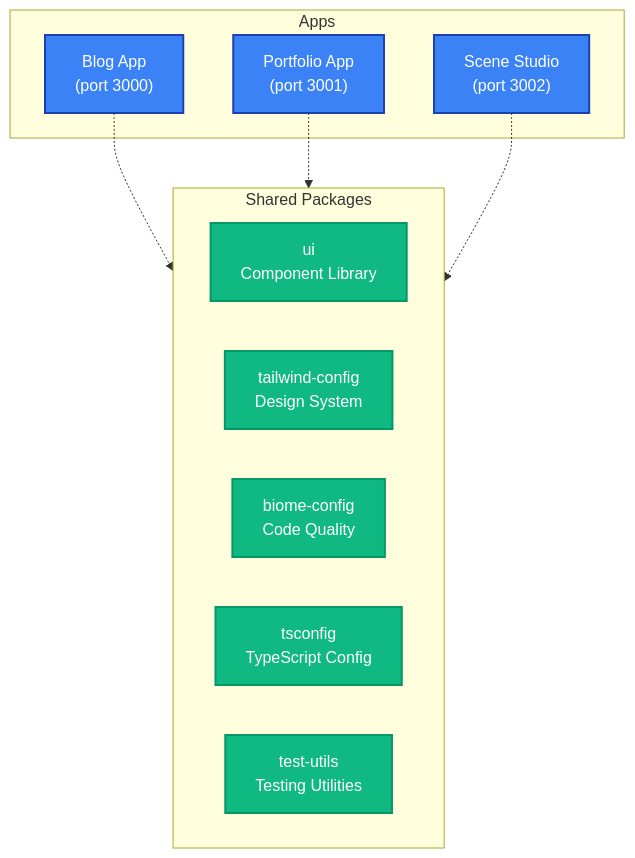
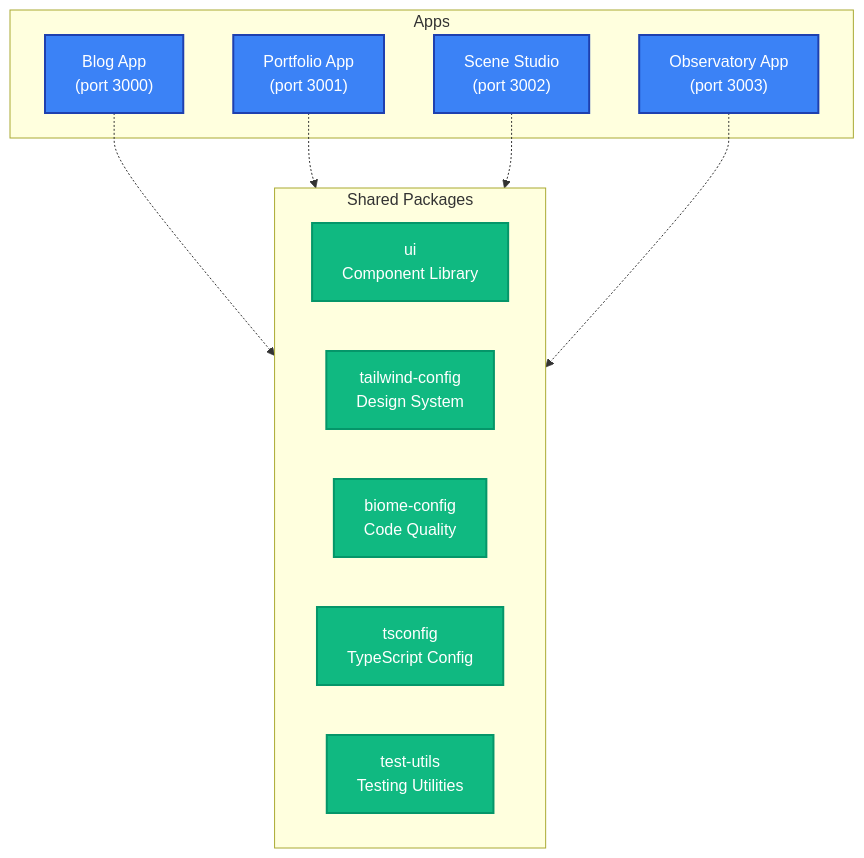
Before and after one commit to k2bg-technology/k2bg-branding: the first of 2 diagrams in README.md, drawn with Mermaid. The commit also changed other lines of this file and 8 other files, not shown here.

````diff
--- a/README.md
+++ b/README.md
@@ -95,26 +98,28 @@
 ```mermaid
 flowchart TB
     subgraph apps["Apps"]
         Blog["Blog App<br/>(port 3000)"]
         Portfolio["Portfolio App<br/>(port 3001)"]
         SceneStudio["Scene Studio<br/>(port 3002)"]
+        Observatory["Observatory App<br/>(port 3003)"]
     end
 
     subgraph packages["Shared Packages"]
         UI["ui<br/>Component Library"]
         TailwindConfig["tailwind-config<br/>Design System"]
         BiomeConfig["biome-config<br/>Code Quality"]
         TSConfig["tsconfig<br/>TypeScript Config"]
         TestUtils["test-utils<br/>Testing Utilities"]
     end
 
     Blog -.-> packages
     Portfolio -.-> packages
     SceneStudio -.-> packages
+    Observatory -.-> packages
 
     classDef appStyle fill:#3B82F6,stroke:#1E40AF,stroke-width:2px,color:#fff
     classDef packageStyle fill:#10B981,stroke:#059669,stroke-width:2px,color:#fff
 
-    class Blog,Portfolio,SceneStudio appStyle
+    class Blog,Portfolio,SceneStudio,Observatory appStyle
     class UI,TailwindConfig,BiomeConfig,TSConfig,TestUtils packageStyle
 ```
````
